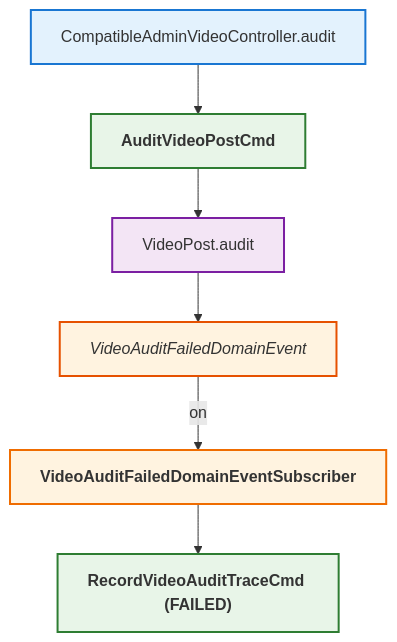
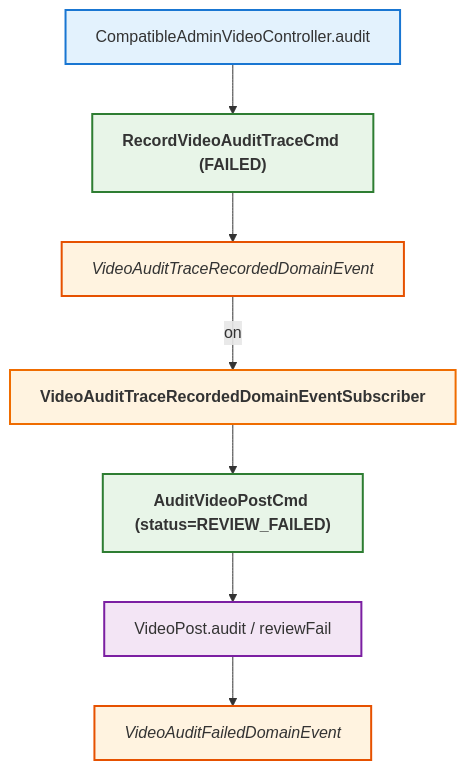
The diagram in iterate/video-audit-trace/VideoPost_audit_fail_trace.mmd (LDmoxeii/only-danmuku), drawn with Mermaid before and after one commit. The commit also changed 16 other files, not shown here.

First line of the commit message:
feat(video-audit): 重构视频审核追溯逻辑

```diff
--- a/iterate/video-audit-trace/VideoPost_audit_fail_trace.mmd
+++ b/iterate/video-audit-trace/VideoPost_audit_fail_trace.mmd
@@ -1,34 +1,36 @@
 flowchart TB
 
-    %% 命令入口
+    %% 命令入口：先落审核记录
     C0["CompatibleAdminVideoController.audit"]
     class C0 controllermethod;
 
-    %% 审核命令
-    CMD["AuditVideoPostCmd"]
-    class CMD command;
-    A1["VideoPost.audit"]
-    class A1 entitymethod;
-    E1["VideoAuditFailedDomainEvent"]
+    CMD1["RecordVideoAuditTraceCmd (FAILED)"]
+    class CMD1 command;
+    E1["VideoAuditTraceRecordedDomainEvent"]
     class E1 domainevent;
 
-    %% 审核追溯记录
-    S1["VideoAuditFailedDomainEventSubscriber"]
+    %% 订阅事件后驱动稿件状态变更
+    S1["VideoAuditTraceRecordedDomainEventSubscriber"]
     class S1 domaineventhandler;
-    CMD2["RecordVideoAuditTraceCmd (FAILED)"]
+    CMD2["AuditVideoPostCmd (status=REVIEW_FAILED)"]
     class CMD2 command;
+    A1["VideoPost.audit / reviewFail"]
+    class A1 entitymethod;
+    E2["VideoAuditFailedDomainEvent"]
+    class E2 domainevent;
 
     %% Relationships
-    C0 --> CMD
-    CMD --> A1
-    A1 --> E1
+    C0 --> CMD1
+    CMD1 --> E1
     E1 -->|on| S1
     S1 --> CMD2
+    CMD2 --> A1
+    A1 --> E2
 
     %% Styles
     classDef controller fill:#e3f2fd,stroke:#1565c0,stroke-width:2px,font-weight:bold;
     classDef controllermethod fill:#e3f2fd,stroke:#1976d2,stroke-width:2px;
     classDef command fill:#e8f5e8,stroke:#2e7d32,stroke-width:2px,font-weight:bold;
     classDef entitymethod fill:#f3e5f5,stroke:#7b1fa2,stroke-width:2px;
     classDef domainevent fill:#fff3e0,stroke:#e65100,stroke-width:2px,font-style:italic;
     classDef domaineventhandler fill:#fff3e0,stroke:#ef6c00,stroke-width:2px,font-weight:bold;
```
